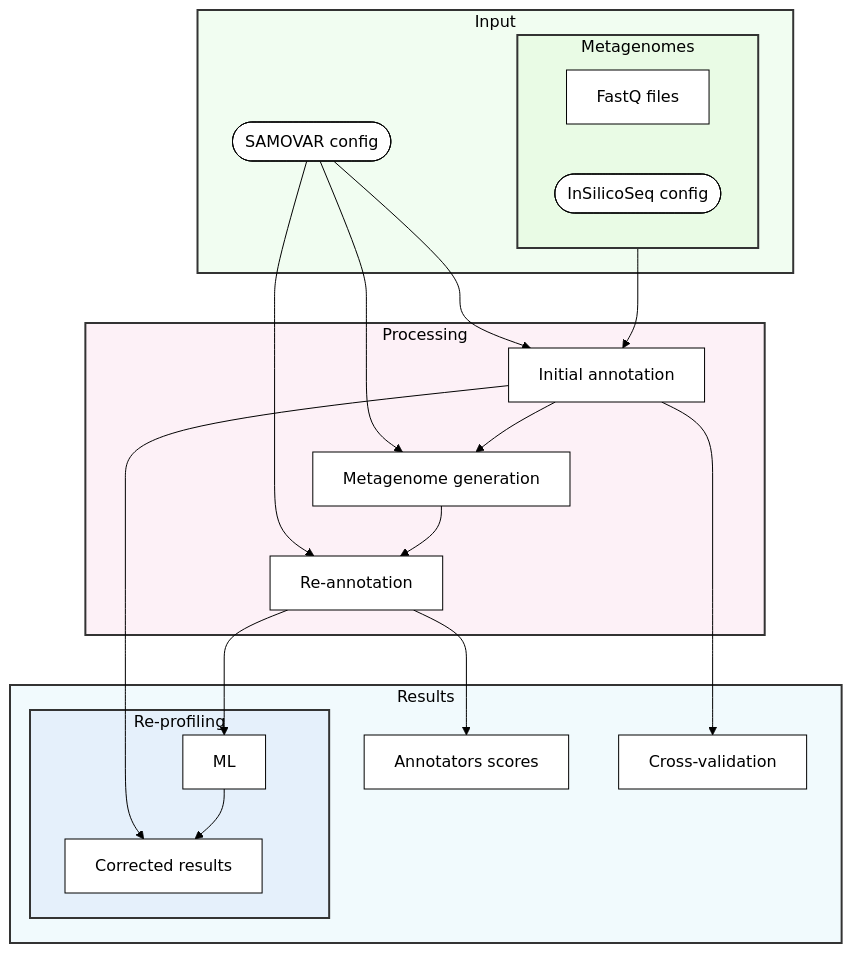
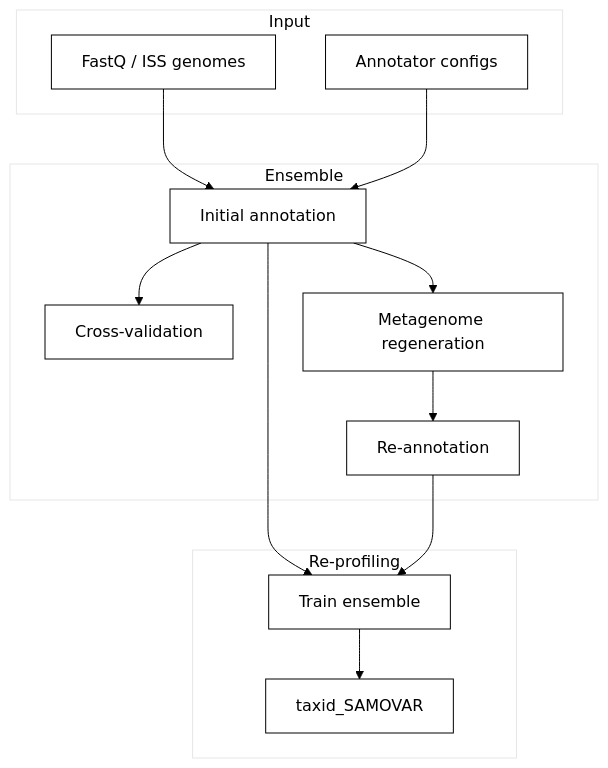
Before and after one commit to ctlab/samovar: the diagram in README.md, drawn with Mermaid. The commit also changed other lines of this file and 22 other files, not shown here.

````diff
--- a/README.md
+++ b/README.md
@@ -80,37 +30,22 @@
 ```mermaid
 %%{init: {'theme': 'base', 'themeVariables': { 'fontSize': '16px', 'fontFamily': 'arial', 'primaryColor': '#fff', 'primaryTextColor': '#000', 'primaryBorderColor': '#000', 'lineColor': '#000', 'secondaryColor': '#fff', 'tertiaryColor': '#fff'}}}%%
 graph TD
     subgraph Input
-        subgraph Metagenomes
-            A1[FastQ files]
-            A2([InSilicoSeq config])
-        end
-        A3([SAMOVAR config])
+        A1[FastQ / ISS genomes]
+        A3[Annotator configs]
     end
 
-    subgraph Processing
-        Metagenomes --> C[Initial annotation]
+    subgraph Ensemble
+        A1 --> C[Initial annotation]
         A3 --> C
-        A3 --> F
-        A3 --> E[Metagenome generation]
-        C --> E
+        C --> CV[Cross-validation]
+        C --> E[Metagenome regeneration]
         E --> F[Re-annotation]
     end
-    
 
-    subgraph Results
-        F --> G1[Annotators scores]
+    subgraph Re-profiling
+        C --> ML[Train ensemble]
         F --> ML
-        subgraph Re-profiling
-            C --> R
-            ML --> R[Corrected results]
-        end
-        C --> C1[Cross-validation]
+        ML --> R[taxid_SAMOVAR]
     end
-
-    style Input fill:#90ee9020,stroke:#333,stroke-width:2px
-    style Metagenomes fill:#b2ee9020,stroke:#333,stroke-width:2px
-    style Processing fill:#ee90bf20,stroke:#333,stroke-width:2px
-    style Results fill:#90d8ee20,stroke:#333,stroke-width:2px
-    style Re-profiling fill:#90a4ee20,stroke:#333,stroke-width:2px
 ```
````
